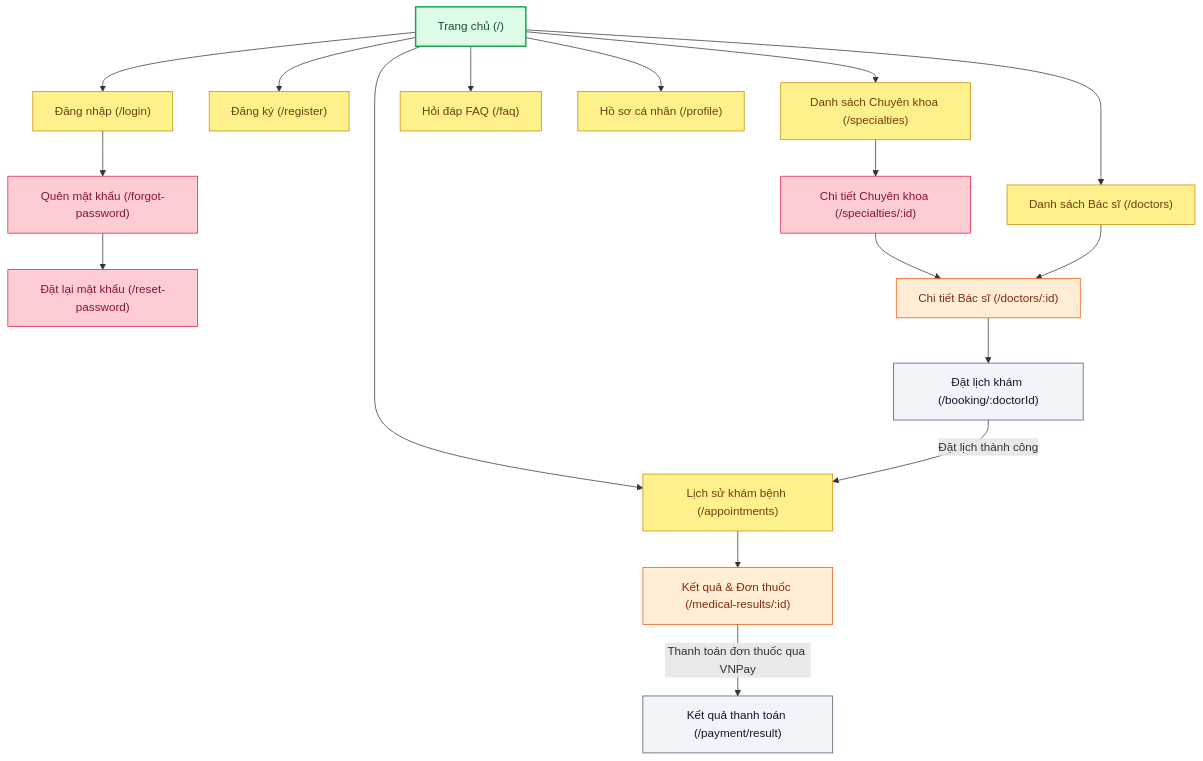
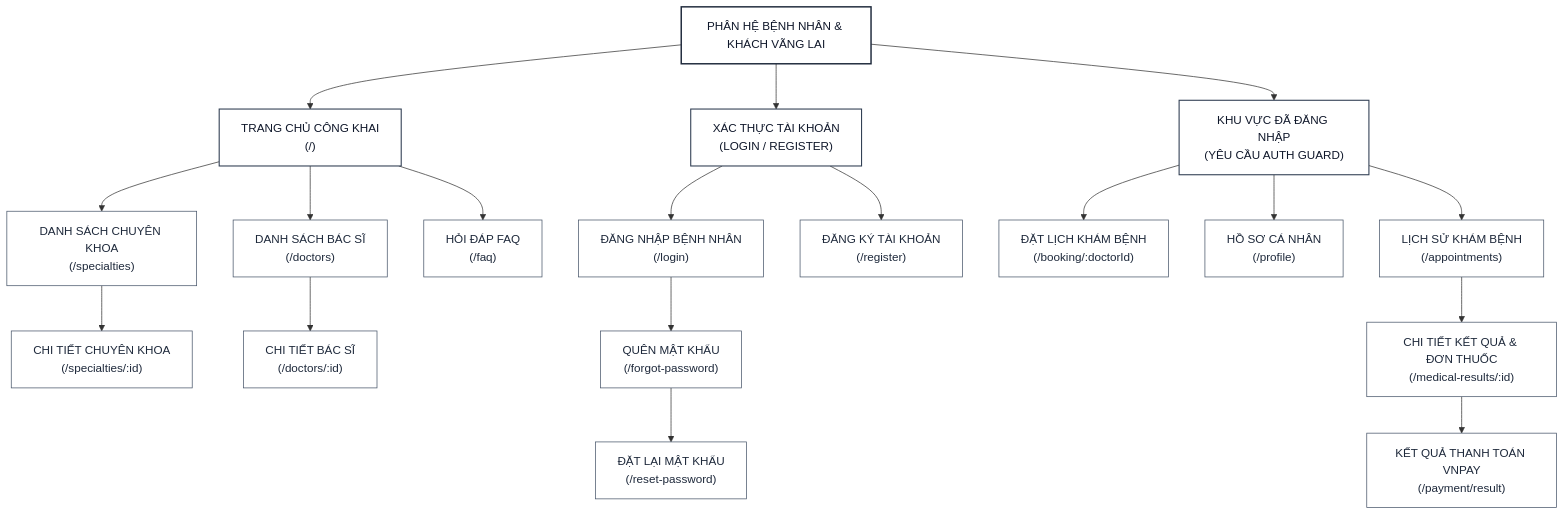
The second of 4 diagrams in docx/DOC_17_SITEMAP.md (yqhuouc/HealthCare), drawn with Mermaid before and after one commit. The commit also changed other lines of this file and 4 other files, not shown here.

Commit message:
sơ đồ phân trang

````diff
--- a/docx/DOC_17_SITEMAP.md
+++ b/docx/DOC_17_SITEMAP.md
@@ -14,44 +181,51 @@
 ```mermaid
 graph TD
-    TrangChu["Trang chủ (/)"] --> DangNhap["Đăng nhập (/login)"]
-    TrangChu --> DangKy["Đăng ký (/register)"]
-    TrangChu --> DSChuyenKhoa["Danh sách Chuyên khoa (/specialties)"]
-    TrangChu --> DSBacSi["Danh sách Bác sĩ (/doctors)"]
-    TrangChu --> HoiDapFAQ["Hỏi đáp FAQ (/faq)"]
-    TrangChu --> HoSoCaNhan["Hồ sơ cá nhân (/profile)"]
-    TrangChu --> LichSuKham["Lịch sử khám bệnh (/appointments)"]
+    RootPat["PHÂN HỆ BỆNH NHÂN & KHÁCH VÃNG LAI"] --> Col1["TRANG CHỦ CÔNG KHAI<br>(/)"]
+    RootPat --> Col2["XÁC THỰC TÀI KHOẢN<br>(LOGIN / REGISTER)"]
+    RootPat --> Col3["KHU VỰC ĐÃ ĐĂNG NHẬP<br>(YÊU CẦU AUTH GUARD)"]
 
-    %% Nhánh Đăng nhập
-    DangNhap --> QuenMatKhau["Quên mật khẩu (/forgot-password)"]
-    QuenMatKhau --> ResetMatKhau["Đặt lại mật khẩu (/reset-password)"]
+    %% Nhánh 1: TRANG CHỦ CÔNG KHAI
+    Col1 --> DSChuyenKhoa["DANH SÁCH CHUYÊN KHOA<br>(/specialties)"]
+    DSChuyenKhoa --> ChiTietChuyenKhoa["CHI TIẾT CHUYÊN KHOA<br>(/specialties/:id)"]
+    
+    Col1 --> DSBacSi["DANH SÁCH BÁC SĨ<br>(/doctors)"]
+    DSBacSi --> ChiTietBacSi["CHI TIẾT BÁC SĨ<br>(/doctors/:id)"]
 
-    %% Nhánh Chuyên khoa
-    DSChuyenKhoa --> ChiTietChuyenKhoa["Chi tiết Chuyên khoa (/specialties/:id)"]
-    ChiTietChuyenKhoa --> ChiTietBacSi["Chi tiết Bác sĩ (/doctors/:id)"]
+    Col1 --> FAQ["HỎI ĐÁP FAQ<br>(/faq)"]
 
-    %% Nhánh Bác sĩ
-    DSBacSi --> ChiTietBacSi
-    ChiTietBacSi --> DatLichKham["Đặt lịch khám (/booking/:doctorId)"]
-    DatLichKham --> |Đặt lịch thành công| LichSuKham
+    %% Nhánh 2: XÁC THỰC
+    Col2 --> DangNhap["ĐĂNG NHẬP BỆNH NHÂN<br>(/login)"]
+    DangNhap --> QuenMatKhau["QUÊN MẬT KHẨU<br>(/forgot-password)"]
+    QuenMatKhau --> ResetMatKhau["ĐẶT LẠI MẬT KHẨU<br>(/reset-password)"]
+    Col2 --> DangKy["ĐĂNG KÝ TÀI KHOẢN<br>(/register)"]
 
-    %% Nhánh Lịch sử khám bệnh
-    LichSuKham --> KetQuaKham["Kết quả & Đơn thuốc (/medical-results/:id)"]
-    KetQuaKham --> |Thanh toán đơn thuốc qua VNPay| KetQuaThanhToan["Kết quả thanh toán (/payment/result)"]
+    %% Nhánh 3: KHU VỰC ĐÃ ĐĂNG NHẬP
+    Col3 --> DatLich["ĐẶT LỊCH KHÁM BỆNH<br>(/booking/:doctorId)"]
+    Col3 --> HoSo["HỒ SƠ CÁ NHÂN<br>(/profile)"]
+    Col3 --> LichSu["LỊCH SỬ KHÁM BỆNH<br>(/appointments)"]
+    LichSu --> KetQua["CHI TIẾT KẾT QUẢ & ĐƠN THUỐC<br>(/medical-results/:id)"]
+    KetQua --> KetQuaThanhToan["KẾT QUẢ THANH TOÁN VNPAY<br>(/payment/result)"]
 
-    %% Định dạng style màu sắc trực tiếp (Style inline)
-    style TrangChu fill:#dcfce7,stroke:#16a34a,stroke-width:2px,color:#14532d;
-    style DangNhap fill:#fef08a,stroke:#ca8a04,stroke-width:1px,color:#713f12;
-    style DangKy fill:#fef08a,stroke:#ca8a04,stroke-width:1px,color:#713f12;
-    style DSChuyenKhoa fill:#fef08a,stroke:#ca8a04,stroke-width:1px,color:#713f12;
-    style DSBacSi fill:#fef08a,stroke:#ca8a04,stroke-width:1px,color:#713f12;
-    style HoiDapFAQ fill:#fef08a,stroke:#ca8a04,stroke-width:1px,color:#713f12;
-    style HoSoCaNhan fill:#fef08a,stroke:#ca8a04,stroke-width:1px,color:#713f12;
-    style LichSuKham fill:#fef08a,stroke:#ca8a04,stroke-width:1px,color:#713f12;
-    style QuenMatKhau fill:#fecdd3,stroke:#e11d48,stroke-width:1px,color:#881337;
-    style ChiTietChuyenKhoa fill:#fecdd3,stroke:#e11d48,stroke-width:1px,color:#881337;
-    style ResetMatKhau fill:#fecdd3,stroke:#e11d48,stroke-width:1px,color:#881337;
-    style ChiTietBacSi fill:#ffedd5,stroke:#ea580c,stroke-width:1px,color:#7c2d12;
-    style KetQuaKham fill:#ffedd5,stroke:#ea580c,stroke-width:1px,color:#7c2d12;
-    style DatLichKham fill:#f1f5f9,stroke:#475569,stroke-width:1px,color:#0f172a;
-    style KetQuaThanhToan fill:#f1f5f9,stroke:#475569,stroke-width:1px,color:#0f172a;
+    %% Định dạng màu sắc tối giản (Hộp trắng, Viền xám đậm, Chữ đen)
+    style RootPat fill:#ffffff,stroke:#1e293b,stroke-width:2px,color:#0f172a;
+    style Col1 fill:#ffffff,stroke:#334155,stroke-width:1.5px,color:#0f172a;
+    style Col2 fill:#ffffff,stroke:#334155,stroke-width:1.5px,color:#0f172a;
+    style Col3 fill:#ffffff,stroke:#334155,stroke-width:1.5px,color:#0f172a;
+    
+    style DSChuyenKhoa fill:#ffffff,stroke:#475569,stroke-width:1px,color:#1e293b;
+    style ChiTietChuyenKhoa fill:#ffffff,stroke:#475569,stroke-width:1px,color:#1e293b;
+    style DSBacSi fill:#ffffff,stroke:#475569,stroke-width:1px,color:#1e293b;
+    style ChiTietBacSi fill:#ffffff,stroke:#475569,stroke-width:1px,color:#1e293b;
+    style FAQ fill:#ffffff,stroke:#475569,stroke-width:1px,color:#1e293b;
+    
+    style DangNhap fill:#ffffff,stroke:#475569,stroke-width:1px,color:#1e293b;
+    style QuenMatKhau fill:#ffffff,stroke:#475569,stroke-width:1px,color:#1e293b;
+    style ResetMatKhau fill:#ffffff,stroke:#475569,stroke-width:1px,color:#1e293b;
+    style DangKy fill:#ffffff,stroke:#475569,stroke-width:1px,color:#1e293b;
+    
+    style DatLich fill:#ffffff,stroke:#475569,stroke-width:1px,color:#1e293b;
+    style HoSo fill:#ffffff,stroke:#475569,stroke-width:1px,color:#1e293b;
+    style LichSu fill:#ffffff,stroke:#475569,stroke-width:1px,color:#1e293b;
+    style KetQua fill:#ffffff,stroke:#475569,stroke-width:1px,color:#1e293b;
+    style KetQuaThanhToan fill:#ffffff,stroke:#475569,stroke-width:1px,color:#1e293b;
 ```
````
